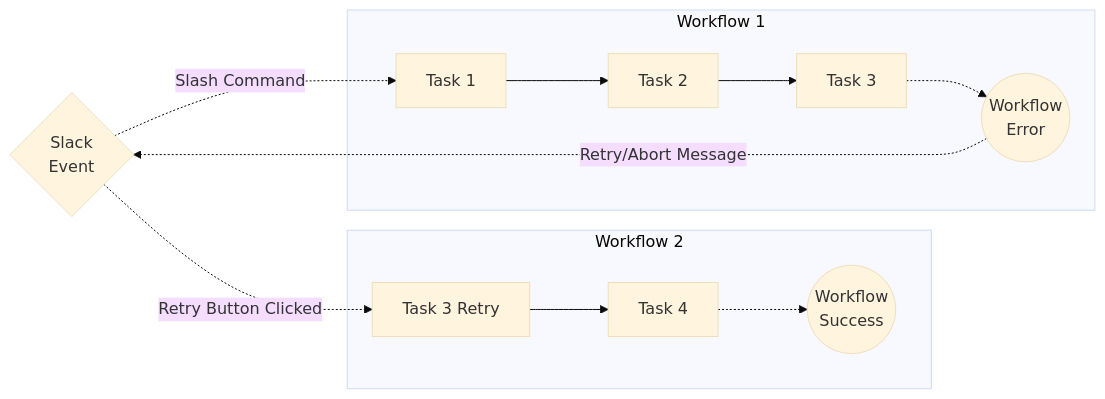
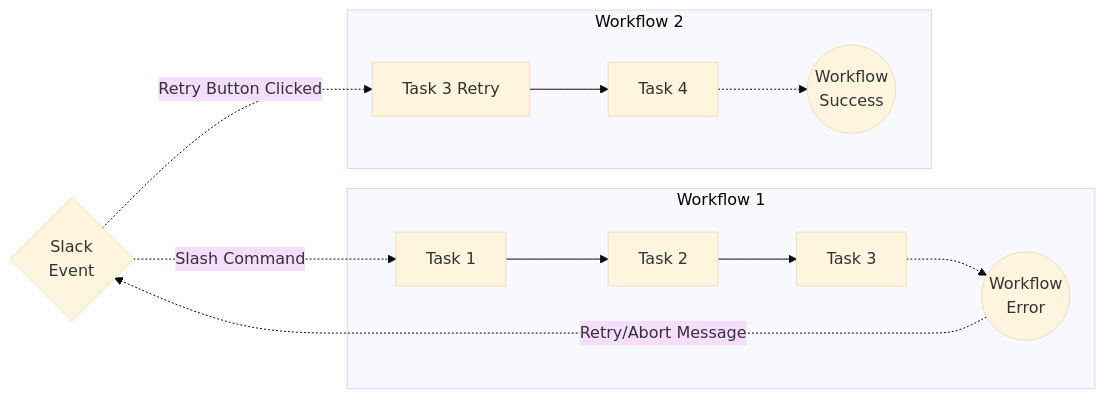
The diagram in task_chain/README.md (autokitteh/kittehub), drawn with Mermaid (base theme) before and after one commit. The commit also changed other lines of this file, not shown here.

````diff
--- a/task_chain/README.md
+++ b/task_chain/README.md
@@ -17,23 +18,23 @@
 ```mermaid
 flowchart LR
     slack{"`Slack
     Event`"}
     task1[Task 1]
     task2[Task 2]
     task3a[Task 3]
     task3b[Task 3 Retry]
     task4[Task 4]
     error(("`Workflow
     Error`"))
     success(("`Workflow
     Success`"))
     slack -. Slash Command .-> task1
     error -. Retry/Abort Message .-> slack
     slack -. Retry Button Clicked .-> task3b
+    subgraph Workflow 1
+    task1 --> task2 --> task3a -.-> error
+    end
     subgraph Workflow 2
     task3b --> task4 -.-> success
     end
-    subgraph Workflow 1
-    task1 --> task2 --> task3a -.-> error
-    end
 ```
````
